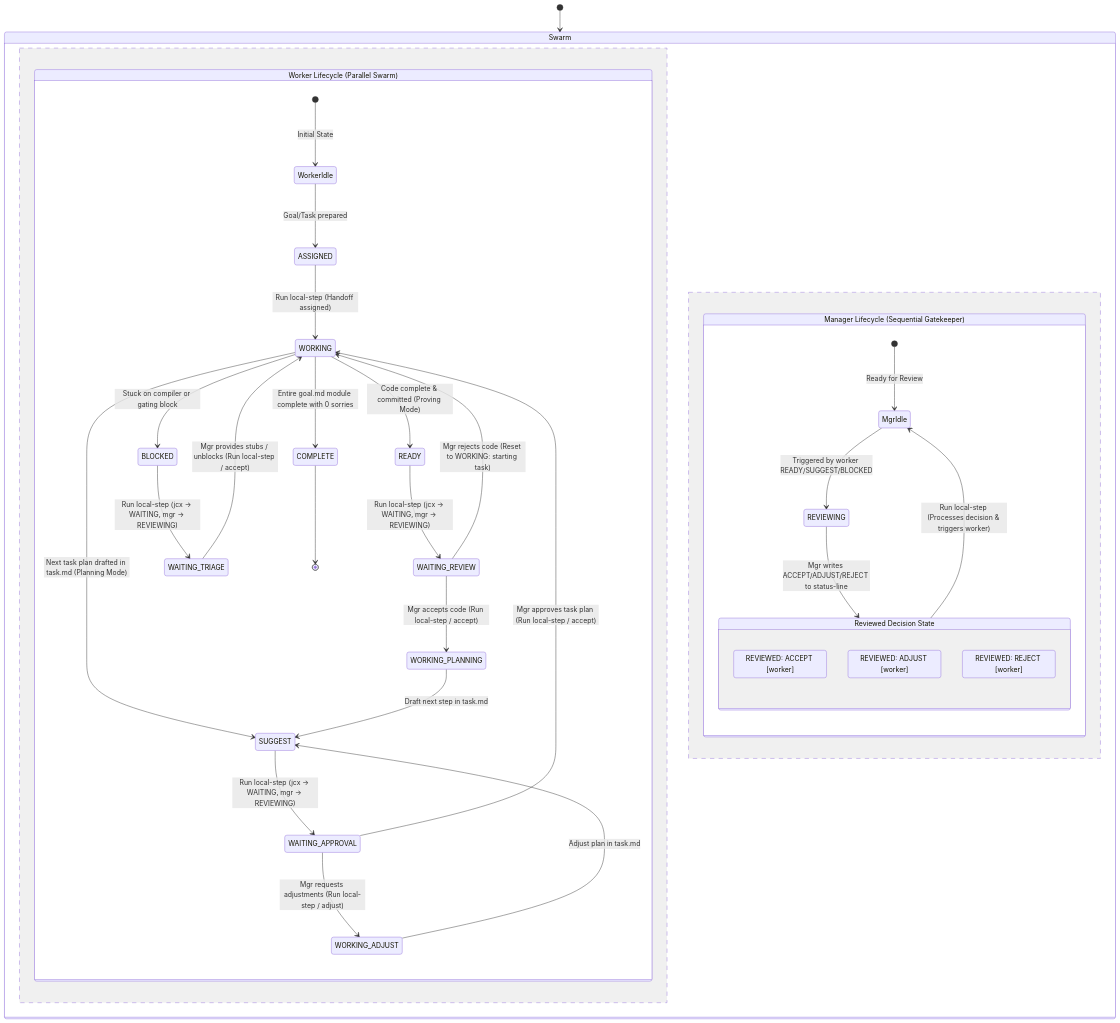
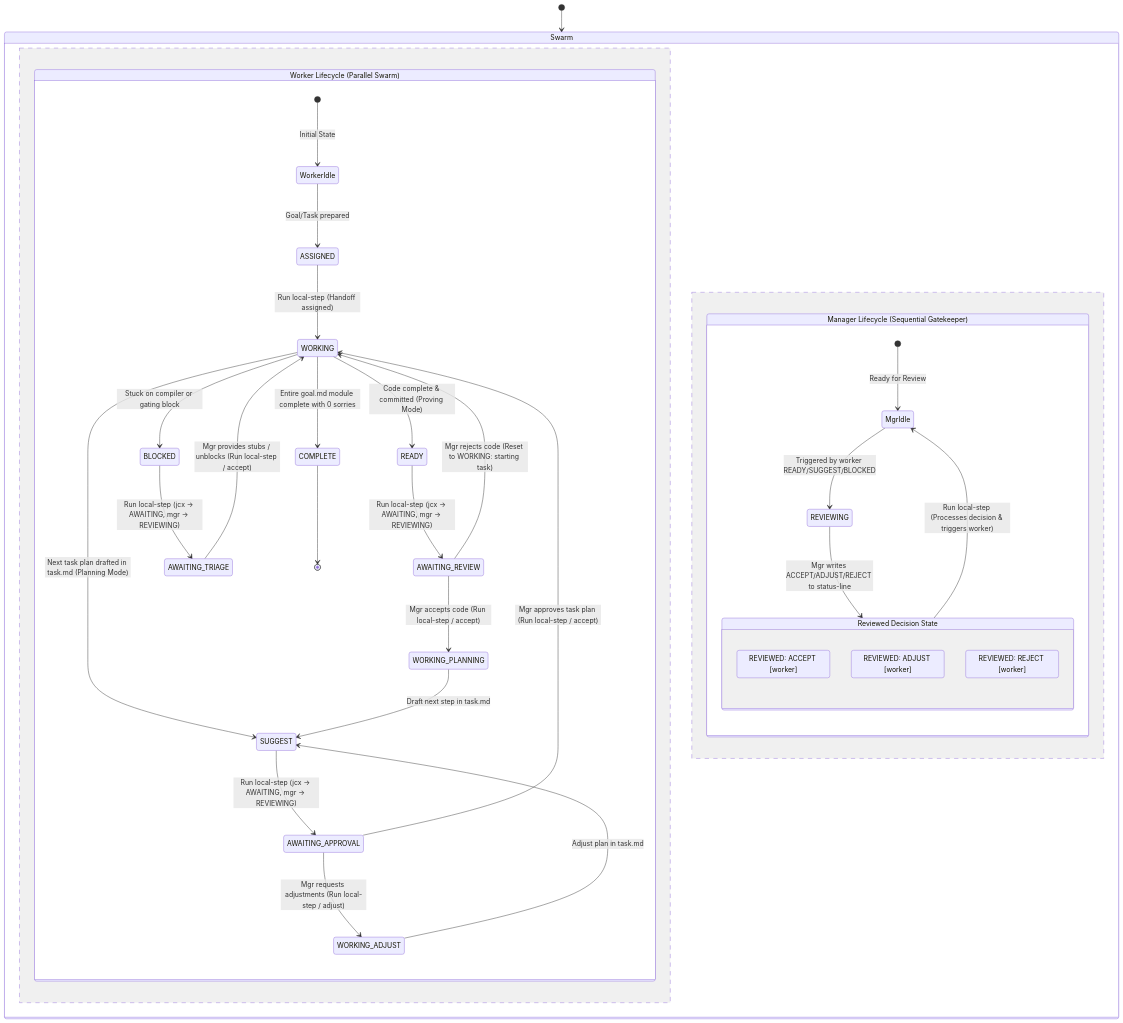
One commit to tangentstorm/scialect changed the diagram in docs/state-machine.md. Above: the diagram before and after it, drawn with Mermaid. The commit also changed other lines of this file and 1 other file, not shown here.

Commit message:
docs/refactor: rename WAITING state to AWAITING for precise lifecycle modeling

````diff
--- a/docs/state-machine.md
+++ b/docs/state-machine.md
@@ -13,46 +13,46 @@
 ```mermaid
 stateDiagram-v2
     [*] --> Swarm
     state Swarm {
         state "Worker Lifecycle (Parallel Swarm)" as WorkerLifecycle {
             [*] --> WorkerIdle : Initial State
             WorkerIdle --> ASSIGNED : Goal/Task prepared
             ASSIGNED --> WORKING : Run local-step (Handoff assigned)
             
             WORKING --> READY : Code complete & committed (Proving Mode)
             WORKING --> SUGGEST : Next task plan drafted in task.md (Planning Mode)
             WORKING --> BLOCKED : Stuck on compiler or gating block
             
-            READY --> WAITING_REVIEW : Run local-step (jcx -> WAITING, mgr -> REVIEWING)
-            SUGGEST --> WAITING_APPROVAL : Run local-step (jcx -> WAITING, mgr -> REVIEWING)
-            BLOCKED --> WAITING_TRIAGE : Run local-step (jcx -> WAITING, mgr -> REVIEWING)
+            READY --> AWAITING_REVIEW : Run local-step (jcx -> AWAITING, mgr -> REVIEWING)
+            SUGGEST --> AWAITING_APPROVAL : Run local-step (jcx -> AWAITING, mgr -> REVIEWING)
+            BLOCKED --> AWAITING_TRIAGE : Run local-step (jcx -> AWAITING, mgr -> REVIEWING)
             
-            WAITING_REVIEW --> WORKING_PLANNING : Mgr accepts code (Run local-step / accept)
-            WAITING_APPROVAL --> WORKING : Mgr approves task plan (Run local-step / accept)
-            WAITING_TRIAGE --> WORKING : Mgr provides stubs / unblocks (Run local-step / accept)
+            AWAITING_REVIEW --> WORKING_PLANNING : Mgr accepts code (Run local-step / accept)
+            AWAITING_APPROVAL --> WORKING : Mgr approves task plan (Run local-step / accept)
+            AWAITING_TRIAGE --> WORKING : Mgr provides stubs / unblocks (Run local-step / accept)
             
-            WAITING_REVIEW --> WORKING : Mgr rejects code (Reset to WORKING: starting task)
-            WAITING_APPROVAL --> WORKING_ADJUST : Mgr requests adjustments (Run local-step / adjust)
+            AWAITING_REVIEW --> WORKING : Mgr rejects code (Reset to WORKING: starting task)
+            AWAITING_APPROVAL --> WORKING_ADJUST : Mgr requests adjustments (Run local-step / adjust)
             
             WORKING_PLANNING --> SUGGEST : Draft next step in task.md
             WORKING_ADJUST --> SUGGEST : Adjust plan in task.md
             
             WORKING --> COMPLETE : Entire goal.md module complete with 0 sorries
             COMPLETE --> [*]
         }
         --
         state "Manager Lifecycle (Sequential Gatekeeper)" as ManagerLifecycle {
             [*] --> MgrIdle : Ready for Review
             MgrIdle --> REVIEWING : Triggered by worker READY/SUGGEST/BLOCKED
             REVIEWING --> REVIEWED_DECISION : Mgr writes ACCEPT/ADJUST/REJECT to status-line
             
             state "Reviewed Decision State" as REVIEWED_DECISION {
                 REVIEWED_ACCEPT : REVIEWED: ACCEPT [worker]
                 REVIEWED_ADJUST : REVIEWED: ADJUST [worker]
                 REVIEWED_REJECT : REVIEWED: REJECT [worker]
             }
             
             REVIEWED_DECISION --> MgrIdle : Run local-step (Processes decision & triggers worker)
         }
     }
 ```
````
